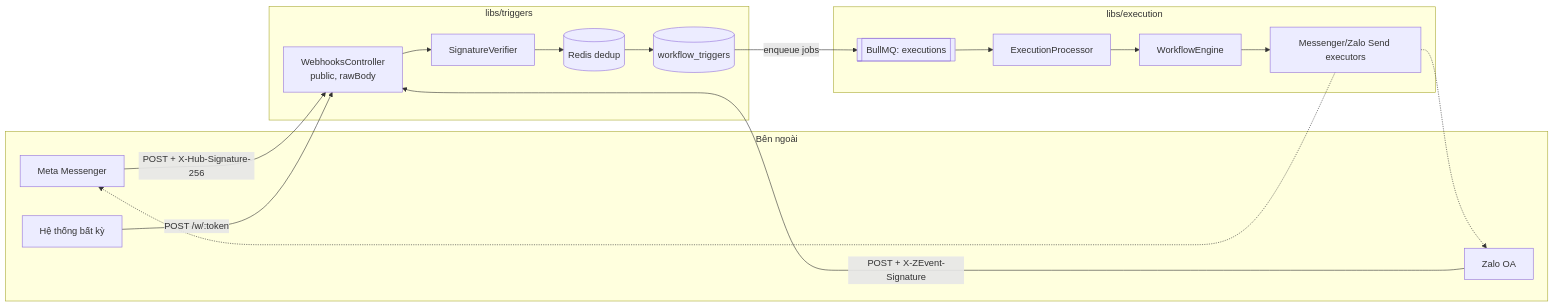
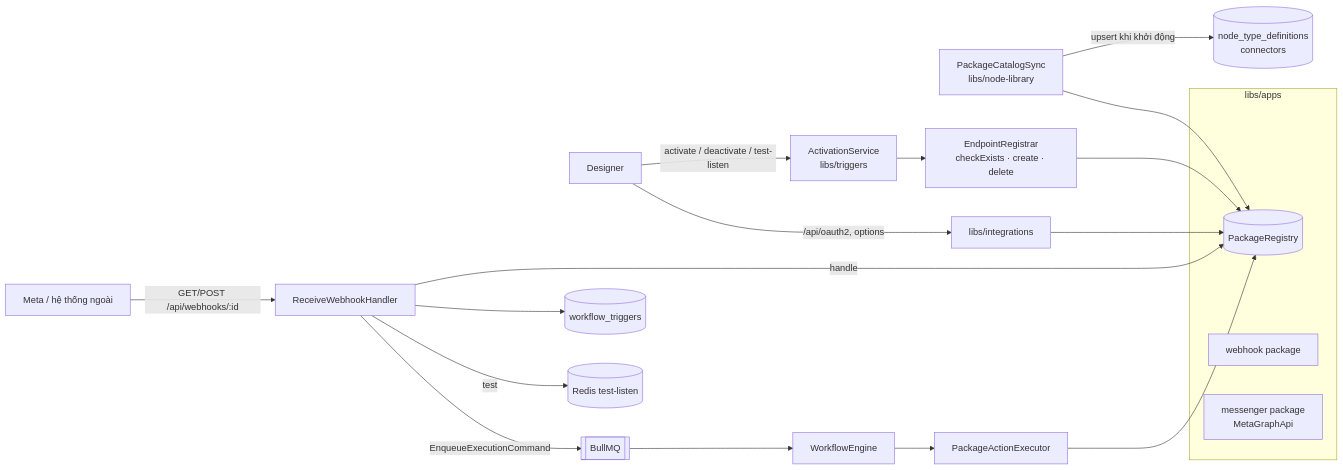
The diagram in specs/chat-trigger/design.md (Kaiettt/workflow-automation), drawn with Mermaid before and after one commit. The commit also changed other lines of this file and 126 other files, not shown here.

````diff
--- a/specs/chat-trigger/design.md
+++ b/specs/chat-trigger/design.md
@@ -17,27 +5,20 @@
 ```mermaid
 flowchart LR
-    subgraph external[Bên ngoài]
-        META[Meta Messenger]
-        ZALO[Zalo OA]
-        ANY[Hệ thống bất kỳ]
+    subgraph apps[libs/apps]
+      REG[(PackageRegistry)]
+      WH[webhook package]
+      MS[messenger package<br/>MetaGraphApi]
     end
-    subgraph triggers[libs/triggers]
-        WC[WebhooksController<br/>public, rawBody]
-        SIG[SignatureVerifier]
-        DEDUP[(Redis dedup)]
-        REG[(workflow_triggers)]
-    end
-    subgraph execution[libs/execution]
-        Q[[BullMQ: executions]]
-        P[ExecutionProcessor]
-        ENG[WorkflowEngine]
-        SEND[Messenger/Zalo Send executors]
-    end
-    META -->|POST + X-Hub-Signature-256| WC
-    ZALO -->|POST + X-ZEvent-Signature| WC
-    ANY -->|POST /w/:token| WC
-    WC --> SIG --> DEDUP --> REG
-    REG -->|enqueue jobs| Q --> P --> ENG --> SEND
-    SEND -.-> META
-    SEND -.-> ZALO
+    BOOT[PackageCatalogSync<br/>libs/node-library] -->|upsert khi khởi động| DB[(node_type_definitions<br/>connectors)]
+    BOOT --> REG
+    UI[Designer] -->|activate / deactivate / test-listen| ACT[ActivationService<br/>libs/triggers]
+    ACT --> REGS[EndpointRegistrar<br/>checkExists · create · delete]
+    REGS --> REG
+    EXT[Meta / hệ thống ngoài] -->|GET/POST /api/webhooks/:id| ING[ReceiveWebhookHandler]
+    ING -->|handle| REG
+    ING --> L[(workflow_triggers)]
+    ING -->|test| TS[(Redis test-listen)]
+    ING -->|EnqueueExecutionCommand| Q[[BullMQ]] --> ENG[WorkflowEngine]
+    ENG --> PAE[PackageActionExecutor] --> REG
+    UI -->|/api/oauth2, options| INT[libs/integrations] --> REG
 ```
````
